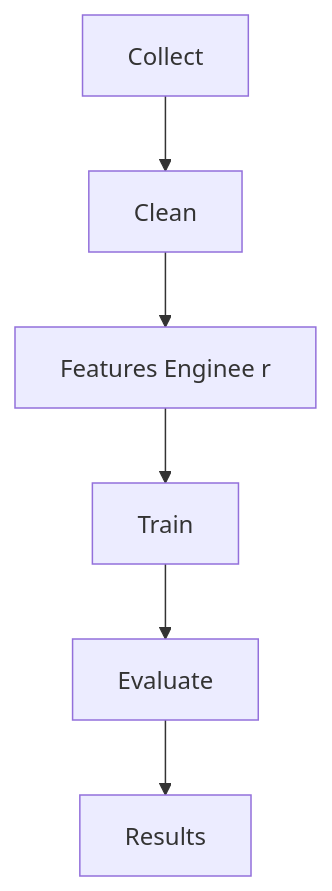
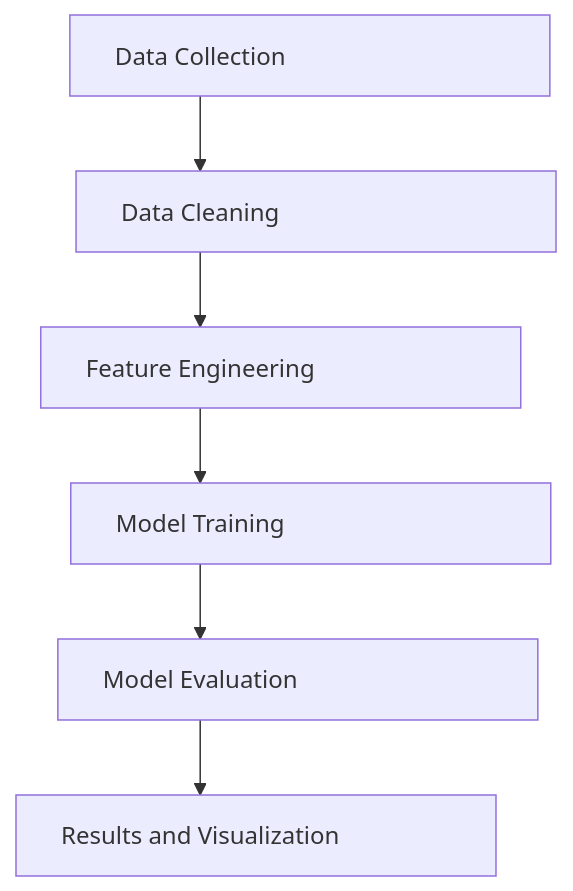
One commit to MarcoZengg/predicting-stock-direction changed the diagram in README.md. Above: the diagram before and after it, drawn with Mermaid.

````diff
--- a/README.md
+++ b/README.md
@@ -105,9 +105,15 @@
 ```mermaid
 flowchart TB
-  data["Collect"]
-    --> cleaning["Clean    "]
-    --> features["Features Enginee    r"]
-    --> models["Train    "]
-    --> evaluation["Evaluate    "]
-    --> results["Results    "]
+  data["Data Collection"]
+    --> cleaning["Data Cleaning"]
+    --> features["Feature Engineering"]
+    --> models["Model Training"]
+    --> evaluation["Model Evaluation"]
+    --> results["Results and Visualization"]
+  style data width:320px
+  style cleaning width:320px
+  style features width:320px
+  style models width:320px
+  style evaluation width:320px
+  style results width:320px
 ```
````
